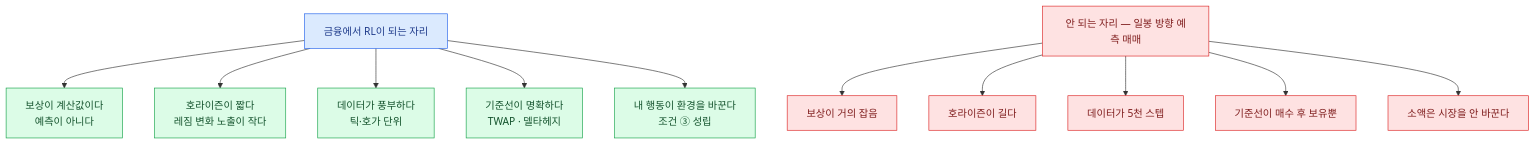
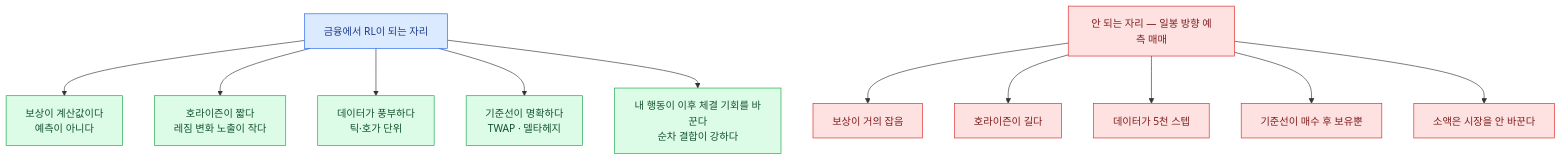
Before and after one commit to mechurak/study-starlight: the diagram in src/content/docs/rl/13-trading-practice.mdx, drawn with Mermaid. The commit also changed other lines of this file and 21 other files, not shown here.

````diff
--- a/src/content/docs/rl/13-trading-practice.mdx
+++ b/src/content/docs/rl/13-trading-practice.mdx
@@ -98,21 +100,21 @@
 ```mermaid
 flowchart TB
     C["금융에서 RL이 되는 자리"] --> C1["보상이 계산값이다<br/>예측이 아니다"]
     C --> C2["호라이즌이 짧다<br/>레짐 변화 노출이 작다"]
     C --> C3["데이터가 풍부하다<br/>틱·호가 단위"]
     C --> C4["기준선이 명확하다<br/>TWAP · 델타헤지"]
-    C --> C5["내 행동이 환경을 바꾼다<br/>조건 ③ 성립"]
+    C --> C5["내 행동이 이후 체결 기회를 바꾼다<br/>순차 결합이 강하다"]
 
     X["안 되는 자리 — 일봉 방향 예측 매매"] --> X1["보상이 거의 잡음"]
     X --> X2["호라이즌이 길다"]
     X --> X3["데이터가 5천 스텝"]
     X --> X4["기준선이 매수 후 보유뿐"]
     X --> X5["소액은 시장을 안 바꾼다"]
 
     classDef ok   fill:#dcfce7,stroke:#16a34a,color:#14532d
     classDef bad  fill:#fee2e2,stroke:#dc2626,color:#7f1d1d
     classDef key  fill:#dbeafe,stroke:#2563eb,color:#1e3a8a
     class C key
     class C1,C2,C3,C4,C5 ok
     class X,X1,X2,X3,X4,X5 bad
 ```
````
